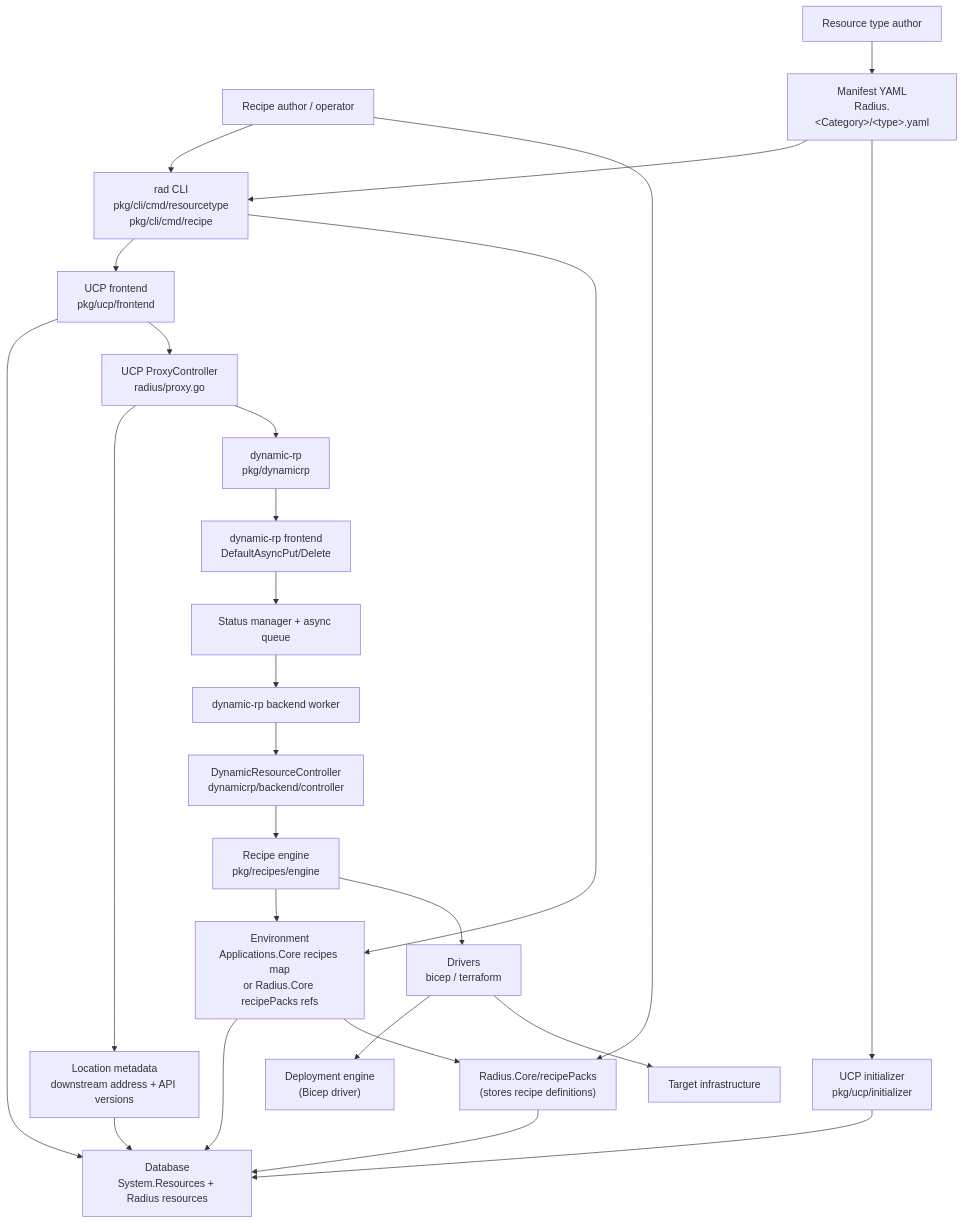
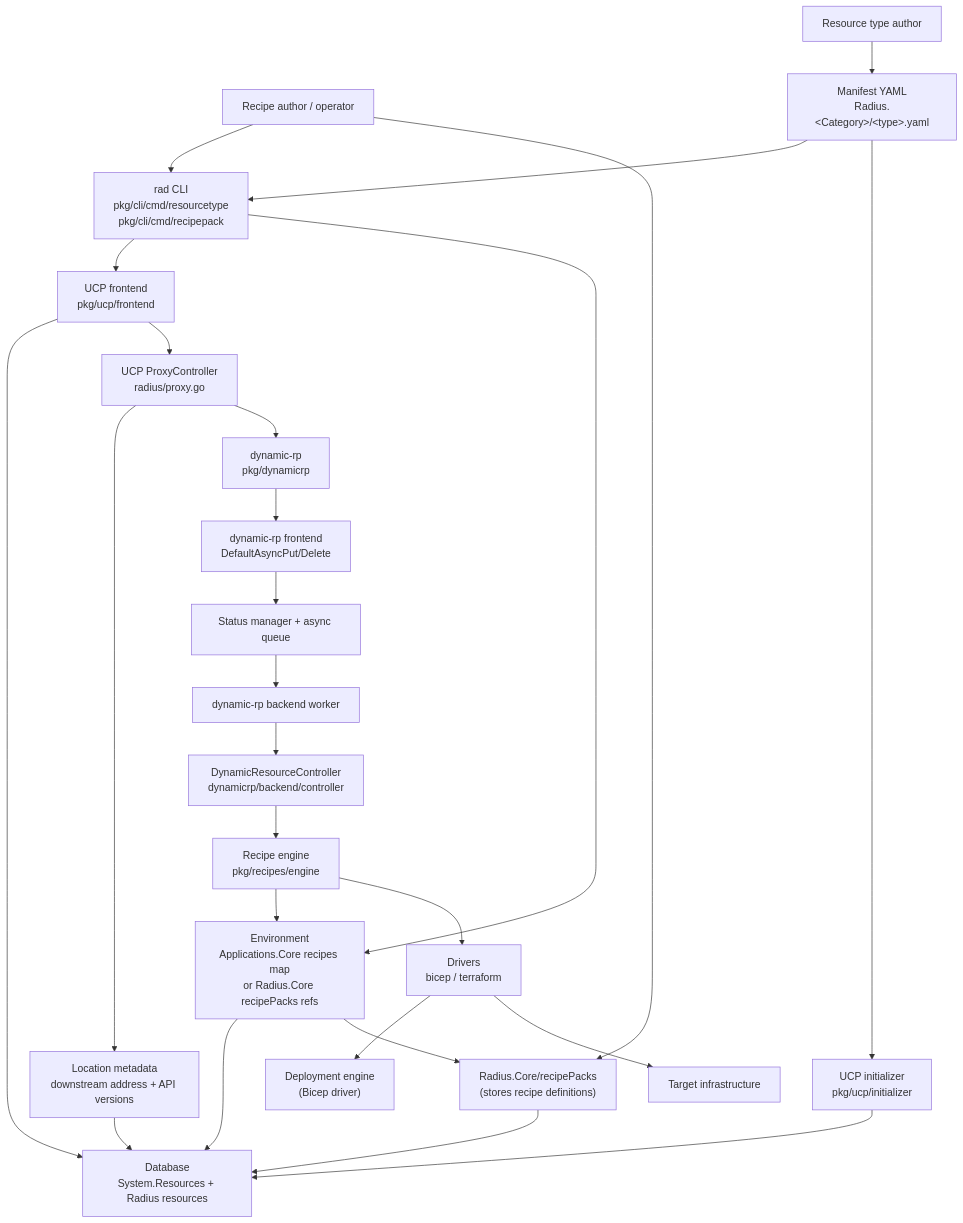
Before and after one commit to radius-project/radius: the first of 4 diagrams in docs/architecture/extensibility.md, drawn with Mermaid. The commit also changed other lines of this file and 32 other files, not shown here.

First line of the commit message:
refactor(cli)!: remove rad recipe register/unregister/list/show commands (#13236)

````diff
--- a/docs/architecture/extensibility.md
+++ b/docs/architecture/extensibility.md
@@ -20,50 +20,50 @@
 ```mermaid
 graph TD
   Author[Resource type author]
   RecipeAuthor[Recipe author / operator]
-  CLI["rad CLI<br/>pkg/cli/cmd/resourcetype<br/>pkg/cli/cmd/recipe"]
+  CLI["rad CLI<br/>pkg/cli/cmd/resourcetype<br/>pkg/cli/cmd/recipepack"]
   Manifest["Manifest YAML<br/>Radius.&lt;Category&gt;/&lt;type&gt;.yaml"]
   Initializer["UCP initializer<br/>pkg/ucp/initializer"]
   UCP["UCP frontend<br/>pkg/ucp/frontend"]
   DB["Database<br/>System.Resources + Radius resources"]
   Env["Environment<br/>Applications.Core recipes map<br/>or Radius.Core recipePacks refs"]
   RecipePack["Radius.Core/recipePacks<br/>(stores recipe definitions)"]
   Proxy["UCP ProxyController<br/>radius/proxy.go"]
   Location["Location metadata<br/>downstream address + API versions"]
   DynRP["dynamic-rp<br/>pkg/dynamicrp"]
   DynFrontend["dynamic-rp frontend<br/>DefaultAsyncPut/Delete"]
   Queue["Status manager + async queue"]
   Worker["dynamic-rp backend worker"]
   DynCtrl["DynamicResourceController<br/>dynamicrp/backend/controller"]
   Engine["Recipe engine<br/>pkg/recipes/engine"]
   Drivers["Drivers<br/>bicep / terraform"]
   DeploymentEngine["Deployment engine<br/>(Bicep driver)"]
   Infra[Target infrastructure]
 
   Author --> Manifest
   Manifest --> CLI
   Manifest --> Initializer
   CLI --> UCP
   UCP --> DB
   Initializer --> DB
   RecipeAuthor --> CLI
   CLI --> Env
   Env --> DB
   RecipeAuthor --> RecipePack
   RecipePack --> DB
   Env --> RecipePack
 
   UCP --> Proxy
   Proxy --> Location
   Location --> DB
   Proxy --> DynRP
   DynRP --> DynFrontend
   DynFrontend --> Queue
   Queue --> Worker
   Worker --> DynCtrl
   DynCtrl --> Engine
   Engine --> Env
   Engine --> Drivers
   Drivers --> DeploymentEngine
   Drivers --> Infra
 ```
````
